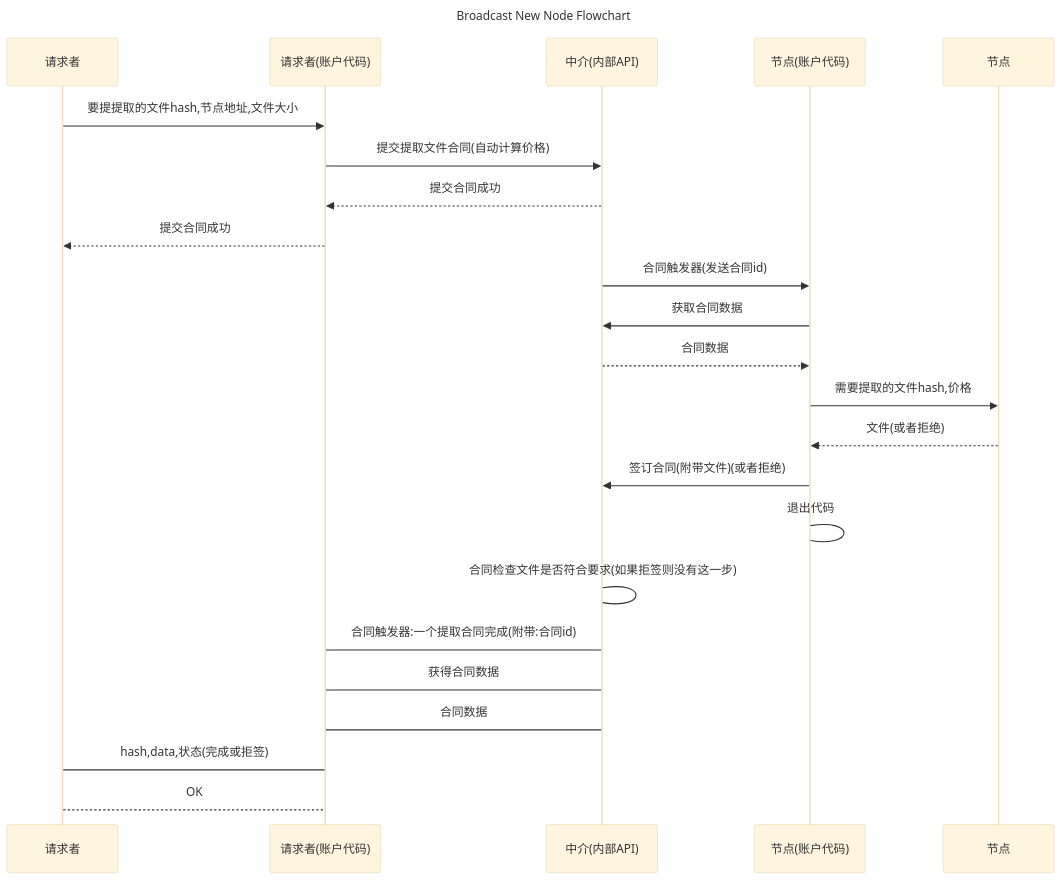
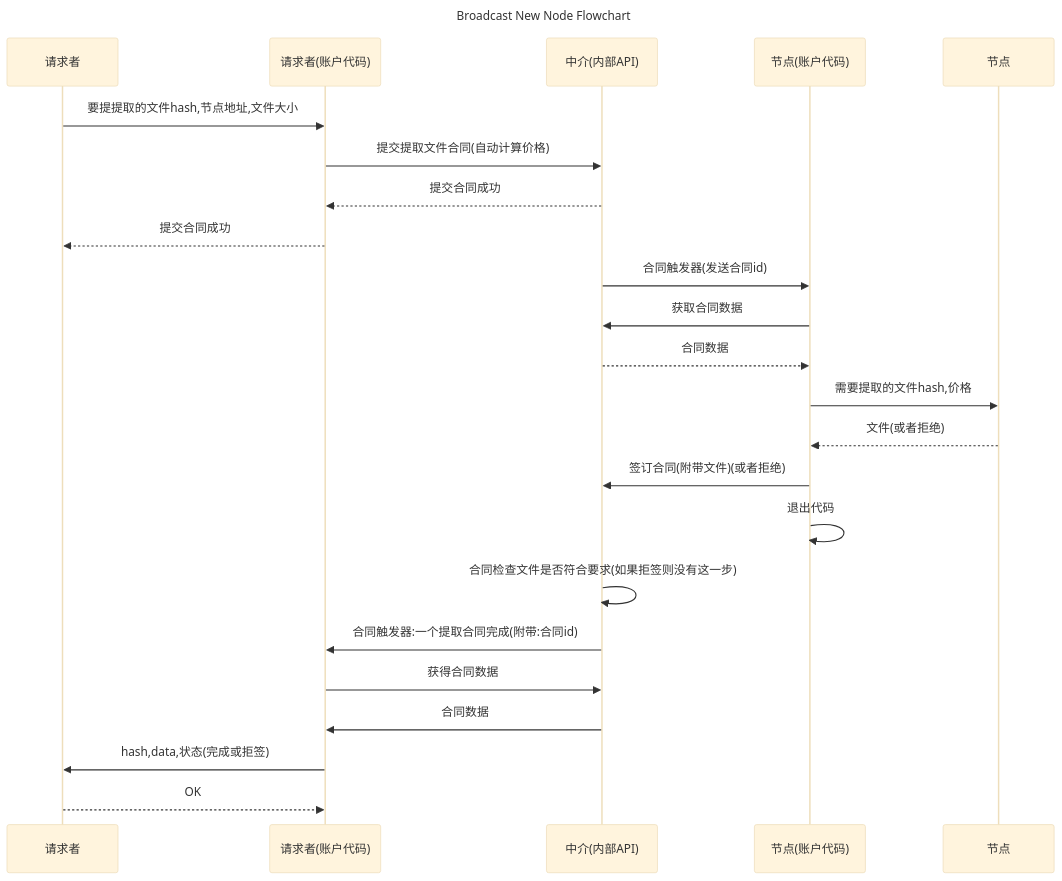
The diagram in 白皮书(第二版).md (Interstellar-database/RuxuShiiYuen), drawn with Mermaid (base theme) before and after one commit.

````diff
--- a/白皮书(第二版).md
+++ b/白皮书(第二版).md
@@ -155,29 +155,29 @@
 ```mermaid
 sequenceDiagram
 	Title: Broadcast New Node Flowchart
 	
     participant 请求者
     participant 请求者(账户代码)
     participant 中介(内部API)
     participant 节点(账户代码)
     participant 节点
 
     请求者 ->> 请求者(账户代码):要提提取的文件hash,节点地址,文件大小
     请求者(账户代码) ->> 中介(内部API):提交提取文件合同(自动计算价格)
     中介(内部API) -->> 请求者(账户代码):提交合同成功
     请求者(账户代码) -->> 请求者:提交合同成功
     中介(内部API) ->> 节点(账户代码):合同触发器(发送合同id)
     节点(账户代码) ->> 中介(内部API):获取合同数据
     中介(内部API) -->> 节点(账户代码):合同数据
     节点(账户代码) ->> 节点:需要提取的文件hash,价格
     节点 -->> 节点(账户代码):文件(或者拒绝)
     节点(账户代码) ->> 中介(内部API):签订合同(附带文件)(或者拒绝)
-    节点(账户代码) -> 节点(账户代码):退出代码
-    中介(内部API) -> 中介(内部API):合同检查文件是否符合要求(如果拒签则没有这一步)
-    中介(内部API) -> 请求者(账户代码):合同触发器:一个提取合同完成(附带:合同id)
-    请求者(账户代码) -> 中介(内部API):获得合同数据
-    中介(内部API) -> 请求者(账户代码):合同数据
-    请求者(账户代码) -> 请求者:hash,data,状态(完成或拒签)
-    请求者 --> 请求者(账户代码):OK
+    节点(账户代码) ->> 节点(账户代码):退出代码
+    中介(内部API) ->> 中介(内部API):合同检查文件是否符合要求(如果拒签则没有这一步)
+    中介(内部API) ->> 请求者(账户代码):合同触发器:一个提取合同完成(附带:合同id)
+    请求者(账户代码) ->> 中介(内部API):获得合同数据
+    中介(内部API) ->> 请求者(账户代码):合同数据
+    请求者(账户代码) ->> 请求者:hash,data,状态(完成或拒签)
+    请求者 -->> 请求者(账户代码):OK
 
 ```
````
